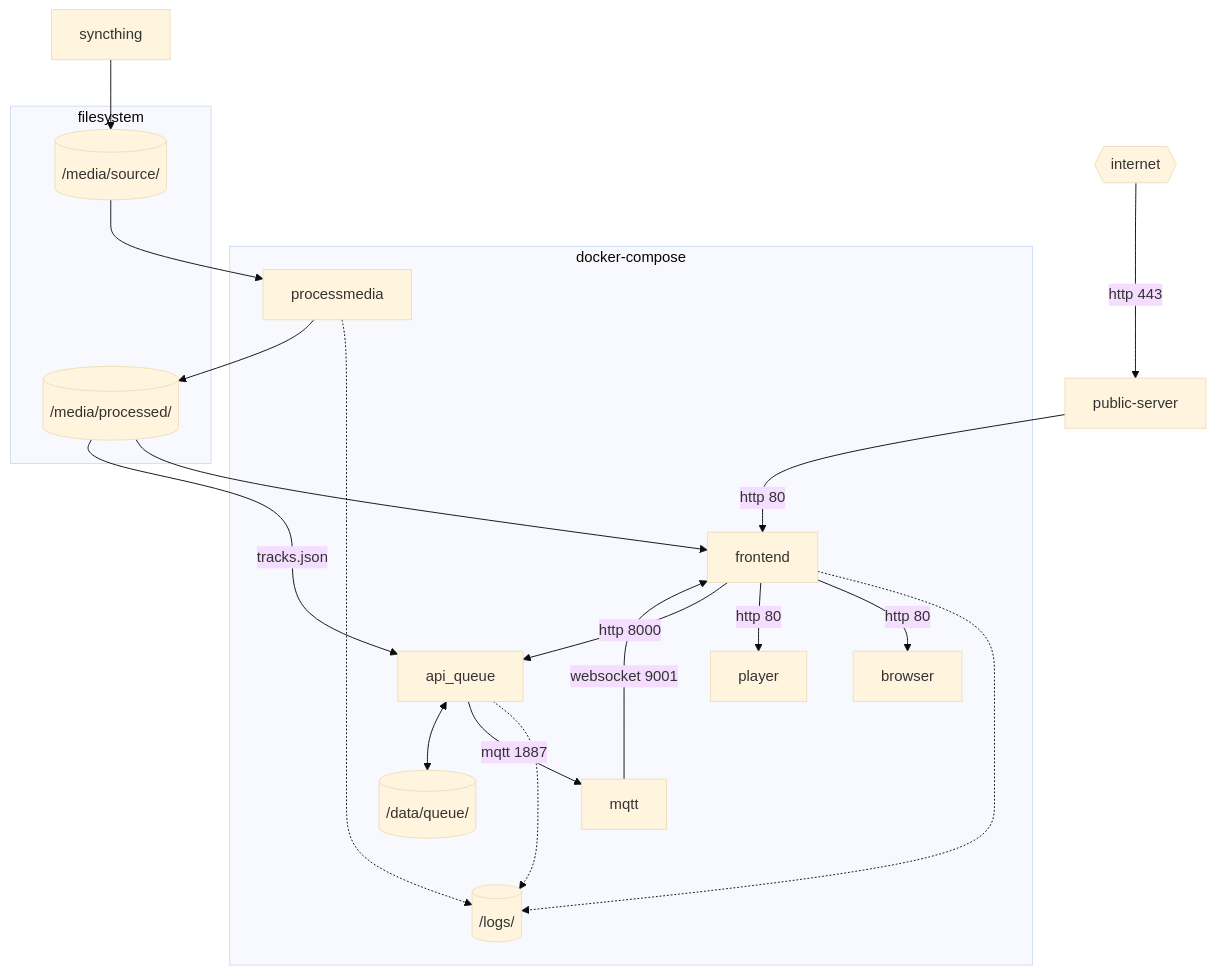
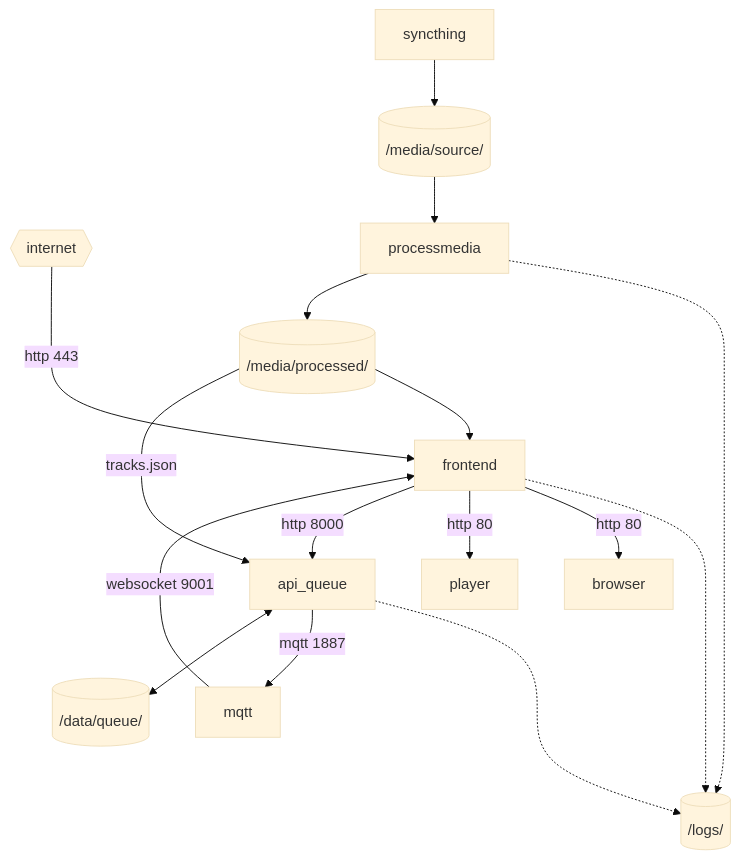
The diagram in README.md (calaldees/KaraKara), drawn with Mermaid (base theme) before and after one commit.

Commit message:
Everything is inside docker now

````diff
--- a/README.md
+++ b/README.md
@@ -85,39 +85,35 @@
 ```mermaid
 graph TD
     internet{{internet}}
-    internet -- http 443 ---> public-server --http 80--> frontend
+    internet -- http 443 ---> frontend
 
-    subgraph docker-compose [docker-compose]
-        frontend
-        mqtt
-        processmedia
-        browser
-        player
-        api_queue
+     frontend
+     mqtt
+     processmedia
+     browser
+     player
+     api_queue
 
-        logs[(/logs/)]
-        frontend ..-> logs
-        processmedia ..-> logs
-        api_queue ..-> logs
+     logs[(/logs/)]
+     frontend ..-> logs
+     processmedia ..-> logs
+     api_queue ..-> logs
 
-        /data/queue/[(/data/queue/)]
+     /data/queue/[(/data/queue/)]
 
-        frontend -- http 80 --> browser
-        frontend -- http 80 --> player
-        frontend -- http 8000 --> api_queue
-        api_queue --mqtt 1887--> mqtt
-        api_queue <--> /data/queue/
-        mqtt -- websocket 9001 --> frontend
-    end
+     frontend -- http 80 --> browser
+     frontend -- http 80 --> player
+     frontend -- http 8000 --> api_queue
+     api_queue --mqtt 1887--> mqtt
+     api_queue <--> /data/queue/
+     mqtt -- websocket 9001 --> frontend
 
     syncthing --> /media/source/
 
-    subgraph filesystem
-        /media/source/[(/media/source/)]
-        /media/processed/[(/media/processed/)]
-    end
+     /media/source/[(/media/source/)]
+     /media/processed/[(/media/processed/)]
 
     /media/processed/ --> frontend
     /media/processed/ -- tracks.json --> api_queue
     /media/source/ --> processmedia --> /media/processed/
 ```
````
